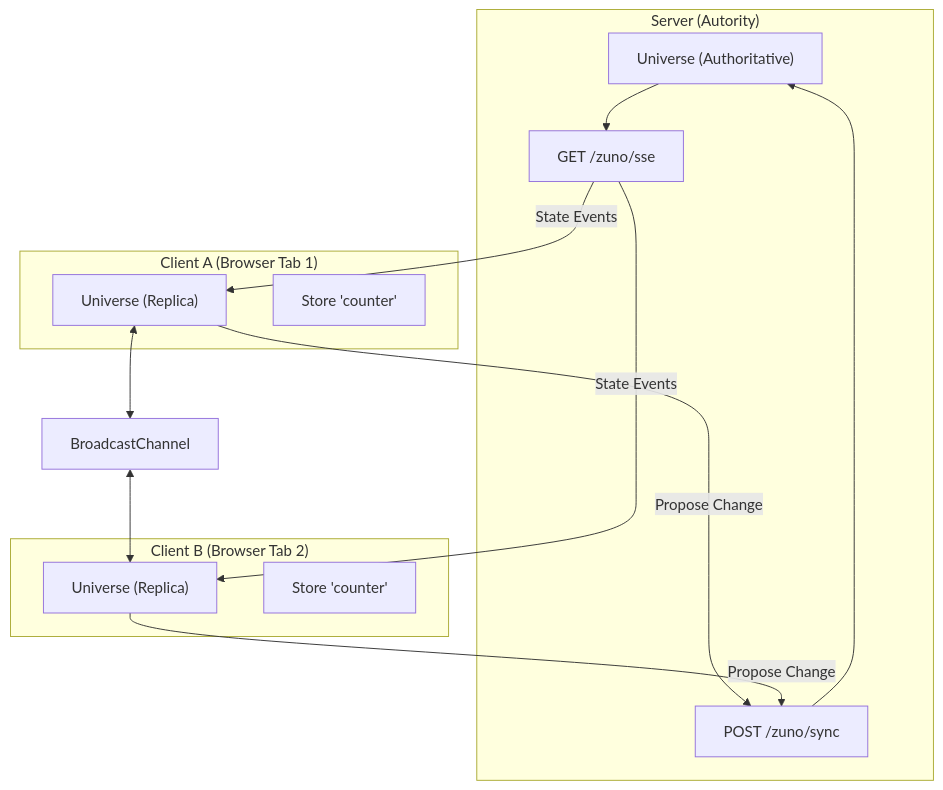
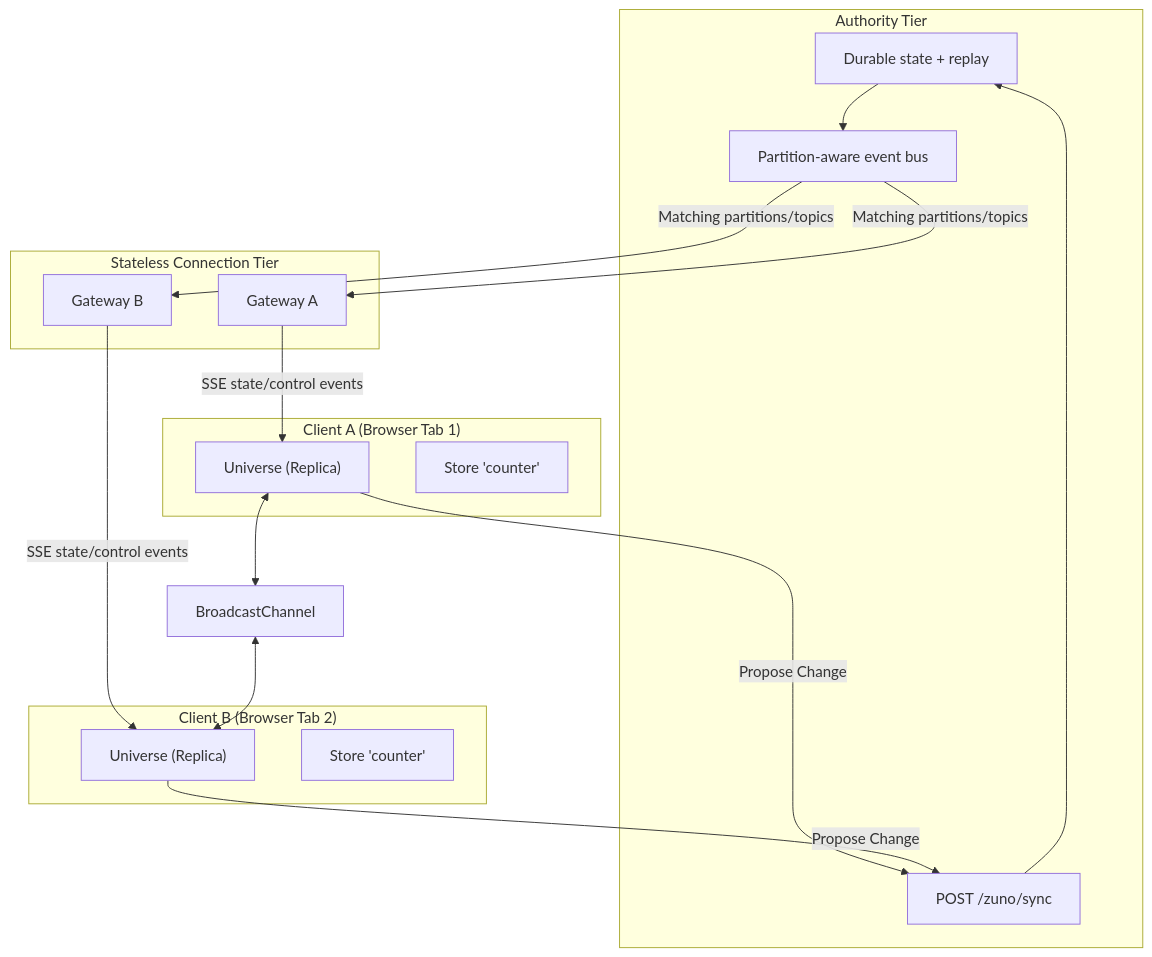
Before and after one commit to IADev-Channel/zuno: the diagram in ARCHITECTURE.md, drawn with Mermaid. The commit also changed other lines of this file and 7 other files, not shown here.

````diff
--- a/ARCHITECTURE.md
+++ b/ARCHITECTURE.md
@@ -13,26 +13,33 @@
 ```mermaid
 graph TD
-    subgraph "Server (Autority)"
-        UniverseServer["Universe (Authoritative)"]
+    subgraph "Authority Tier"
+        Persistence["Durable state + replay"]
         SyncEndpoint["POST /zuno/sync"]
-        SSEStream["GET /zuno/sse"]
+        EventBus["Partition-aware event bus"]
+    end
+
+    subgraph "Stateless Connection Tier"
+        GatewayA["Gateway A"]
+        GatewayB["Gateway B"]
     end
 
     subgraph "Client A (Browser Tab 1)"
         UniverseA["Universe (Replica)"]
         StoreA["Store 'counter'"]
     end
 
     subgraph "Client B (Browser Tab 2)"
         UniverseB["Universe (Replica)"]
         StoreB["Store 'counter'"]
     end
 
-    SyncEndpoint --> UniverseServer
-    UniverseServer --> SSEStream
-    SSEStream -- "State Events" --> UniverseA
-    SSEStream -- "State Events" --> UniverseB
+    SyncEndpoint --> Persistence
+    Persistence --> EventBus
+    EventBus -- "Matching partitions/topics" --> GatewayA
+    EventBus -- "Matching partitions/topics" --> GatewayB
+    GatewayA -- "SSE state/control events" --> UniverseA
+    GatewayB -- "SSE state/control events" --> UniverseB
     UniverseA -- "Propose Change" --> SyncEndpoint
     UniverseB -- "Propose Change" --> SyncEndpoint
     UniverseA <--> BC["BroadcastChannel"] <--> UniverseB
 ```
````
